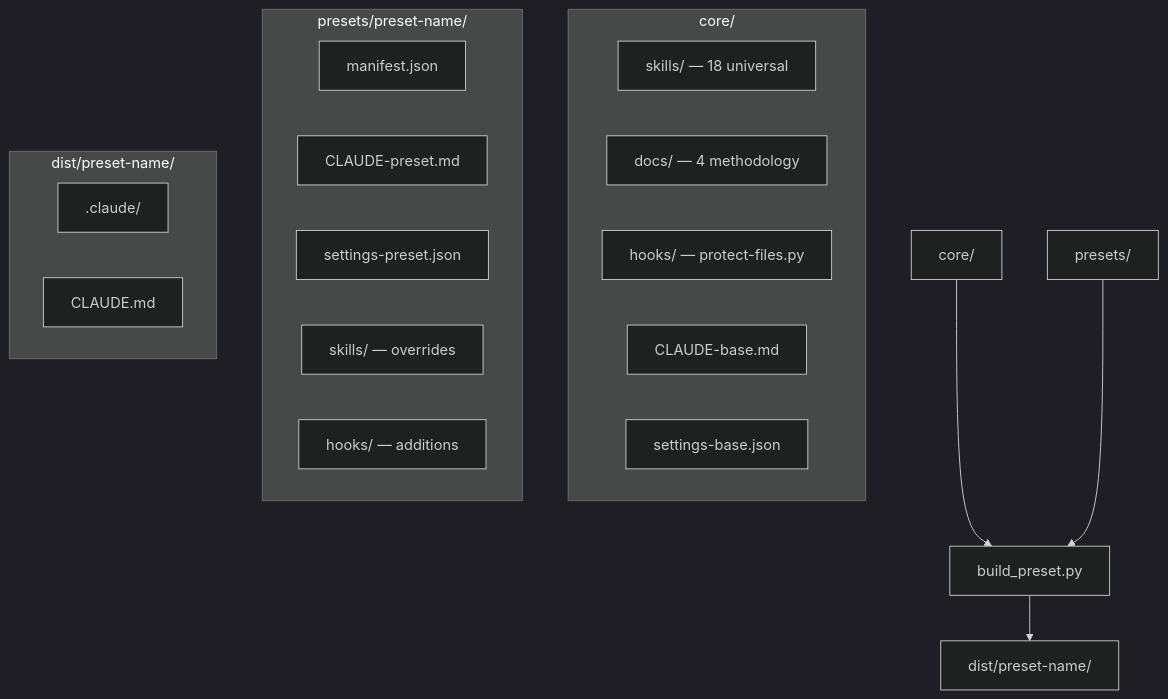
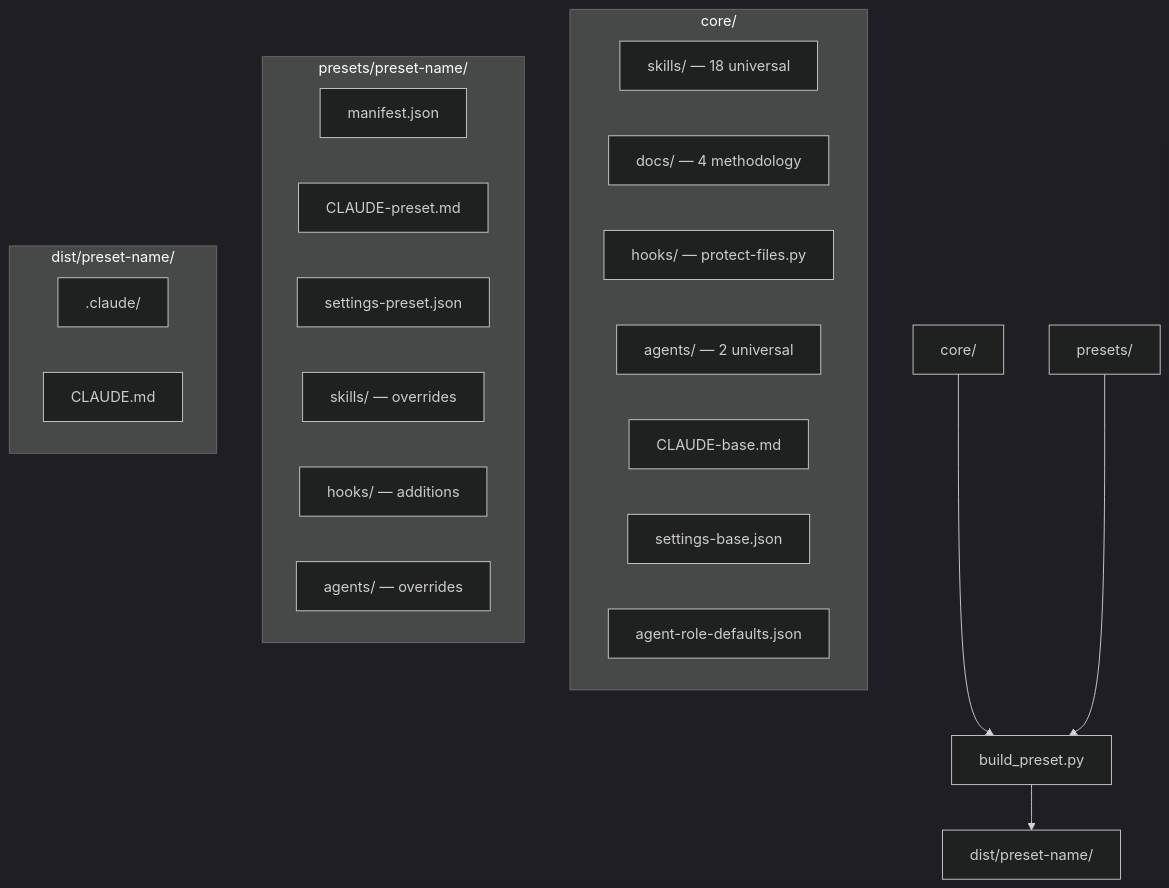
Before and after one commit to cdcoonce/claude-workflow: the first of 3 diagrams in README.md, drawn with Mermaid (dark theme). The commit also changed other lines of this file, not shown here.

First line of the commit message:
docs(readme): add agent system documentation

````diff
--- a/README.md
+++ b/README.md
@@ -56,27 +60,30 @@
 ```mermaid
 graph TD
     CORE[core/] --> BUILD[build_preset.py]
     PRESETS[presets/] --> BUILD
     BUILD --> DIST[dist/preset-name/]
 
     subgraph "core/"
         SKILLS_CORE[skills/ — 18 universal]
         DOCS[docs/ — 4 methodology]
         HOOKS_CORE[hooks/ — protect-files.py]
+        AGENTS_CORE[agents/ — 2 universal]
         BASE_MD[CLAUDE-base.md]
         BASE_JSON[settings-base.json]
+        ROLE_DEFAULTS[agent-role-defaults.json]
     end
 
     subgraph "presets/preset-name/"
         MANIFEST[manifest.json]
         PRESET_MD[CLAUDE-preset.md]
         PRESET_JSON[settings-preset.json]
         SKILLS_PRESET[skills/ — overrides]
         HOOKS_PRESET[hooks/ — additions]
+        AGENTS_PRESET[agents/ — overrides]
     end
 
     subgraph "dist/preset-name/"
         OUT_CLAUDE[.claude/]
         OUT_MD[CLAUDE.md]
     end
 ```
````
